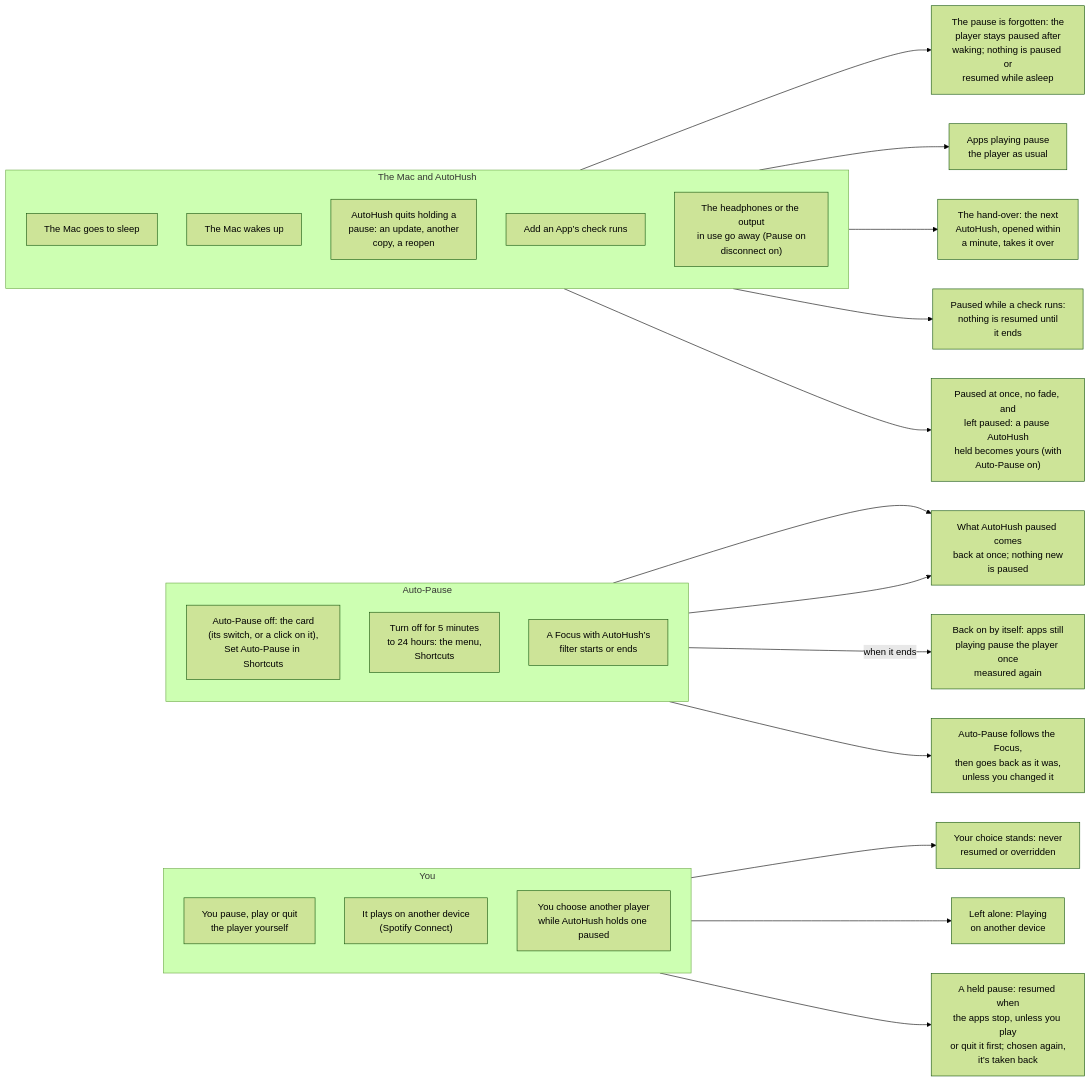
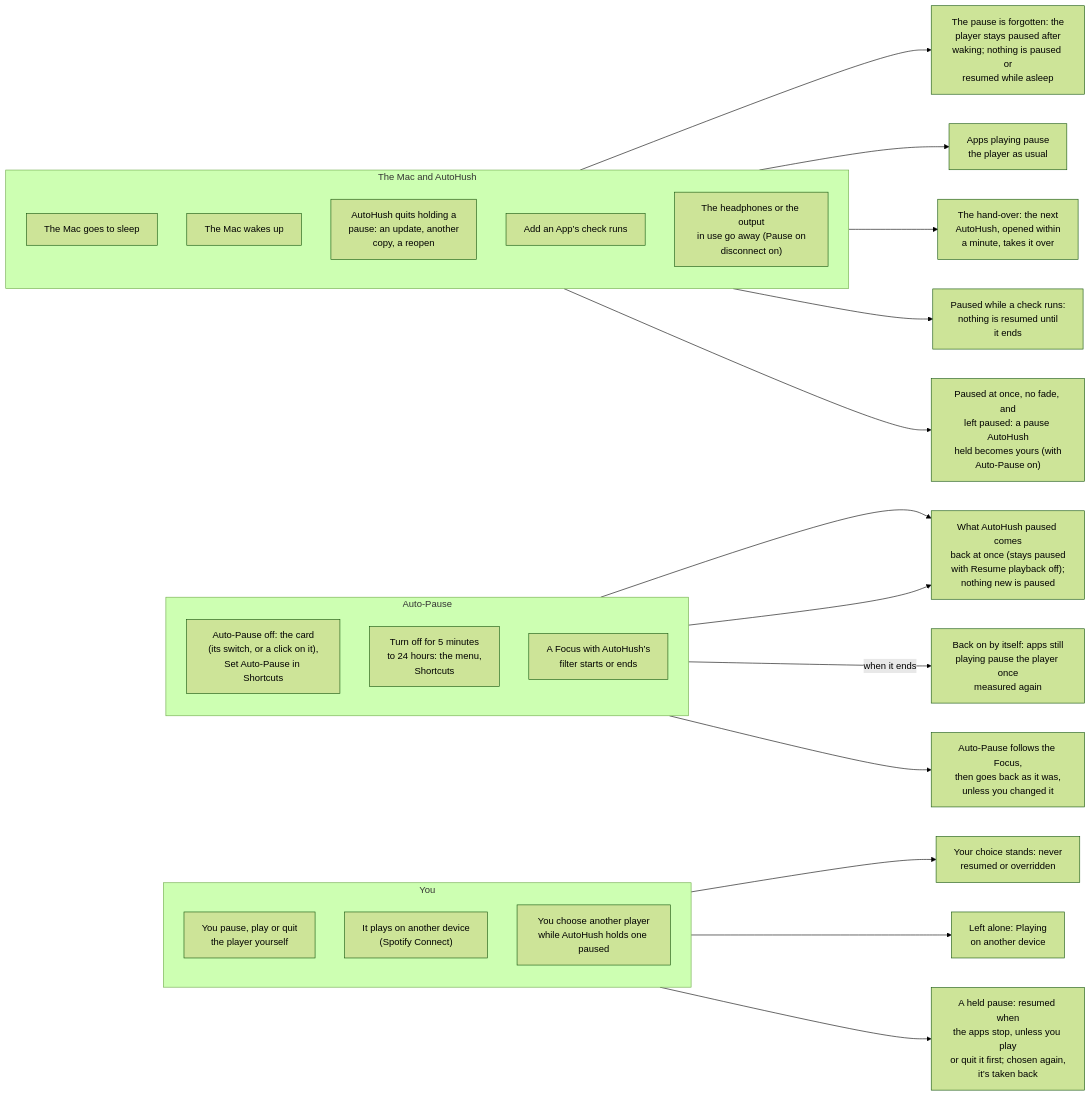
One commit to hfustercabre/AutoHush changed the fourth of 14 diagrams in WORKFLOWS.md. Above: the diagram before and after it, drawn with Mermaid (forest theme). The commit also changed other lines of this file and 22 other files, not shown here.

First line of the commit message:
feat: Resume playback, a switch to only pause

````diff
--- a/WORKFLOWS.md
+++ b/WORKFLOWS.md
@@ -205,47 +208,47 @@
 ```mermaid
 flowchart LR
   subgraph YOU["You"]
     direction TB
     E1["You pause, play or quit<br/>the player yourself"]
     E2["It plays on another device<br/>(Spotify Connect)"]
     E3["You choose another player<br/>while AutoHush holds one paused"]
   end
   subgraph AUTO["Auto-Pause"]
     direction TB
     E4["Auto-Pause off: the card<br/>(its switch, or a click on it),<br/>Set Auto-Pause in Shortcuts"]
     E5["Turn off for 5 minutes<br/>to 24 hours: the menu,<br/>Shortcuts"]
     E6["A Focus with AutoHush’s<br/>filter starts or ends"]
   end
   subgraph MAC["The Mac and AutoHush"]
     direction TB
     E7["The Mac goes to sleep"]
     E8["The Mac wakes up"]
     E9["AutoHush quits holding a<br/>pause: an update, another<br/>copy, a reopen"]
     E10["Add an App’s check runs"]
     E11["The headphones or the output<br/>in use go away (Pause on<br/>disconnect on)"]
   end
   R1["Your choice stands: never<br/>resumed or overridden"]
   R2["Left alone: Playing<br/>on another device"]
   R3["A held pause: resumed when<br/>the apps stop, unless you play<br/>or quit it first; chosen again,<br/>it’s taken back"]
-  R4["What AutoHush paused comes<br/>back at once; nothing new<br/>is paused"]
+  R4["What AutoHush paused comes<br/>back at once (stays paused<br/>with Resume playback off);<br/>nothing new is paused"]
   R5["Back on by itself: apps still<br/>playing pause the player once<br/>measured again"]
   R6["Auto-Pause follows the Focus,<br/>then goes back as it was,<br/>unless you changed it"]
   R7["The pause is forgotten: the<br/>player stays paused after<br/>waking; nothing is paused or<br/>resumed while asleep"]
   R8["Apps playing pause<br/>the player as usual"]
   R9["The hand-over: the next<br/>AutoHush, opened within<br/>a minute, takes it over"]
   R10["Paused while a check runs:<br/>nothing is resumed until<br/>it ends"]
   R11["Paused at once, no fade, and<br/>left paused: a pause AutoHush<br/>held becomes yours (with<br/>Auto-Pause on)"]
 
   E1 --> R1
   E2 --> R2
   E3 --> R3
   E4 --> R4
   E5 --> R4
   E5 -->|"when it ends"| R5
   E6 --> R6
   E7 --> R7
   E8 --> R8
   E9 --> R9
   E10 --> R10
   E11 --> R11
 ```
````
